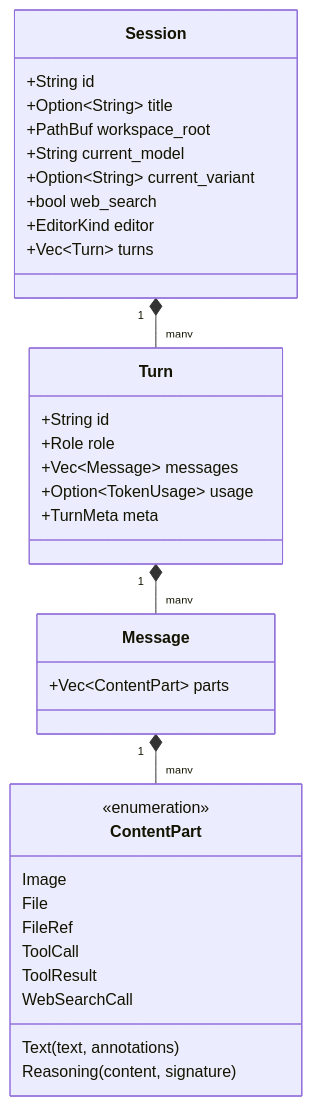
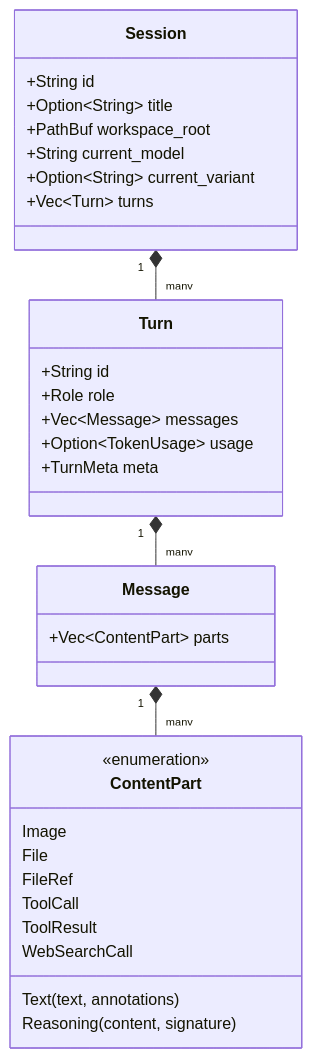
One commit to jerrita/vva changed the diagram in docs/domain_model.md. Above: the diagram before and after it, drawn with Mermaid. The commit also changed other lines of this file and 56 other files, not shown here.

````diff
--- a/docs/domain_model.md
+++ b/docs/domain_model.md
@@ -5,38 +5,36 @@
 ```mermaid
 classDiagram
     class Session {
         +String id
         +Option~String~ title
         +PathBuf workspace_root
         +String current_model
         +Option~String~ current_variant
-        +bool web_search
-        +EditorKind editor
         +Vec~Turn~ turns
     }
     class Turn {
         +String id
         +Role role
         +Vec~Message~ messages
         +Option~TokenUsage~ usage
         +TurnMeta meta
     }
     class Message {
         +Vec~ContentPart~ parts
     }
     class ContentPart {
         <<enumeration>>
         Text(text, annotations)
         Reasoning(content, signature)
         Image
         File
         FileRef
         ToolCall
         ToolResult
         WebSearchCall
     }
 
     Session "1" *-- "many" Turn
     Turn "1" *-- "many" Message
     Message "1" *-- "many" ContentPart
 ```
````
